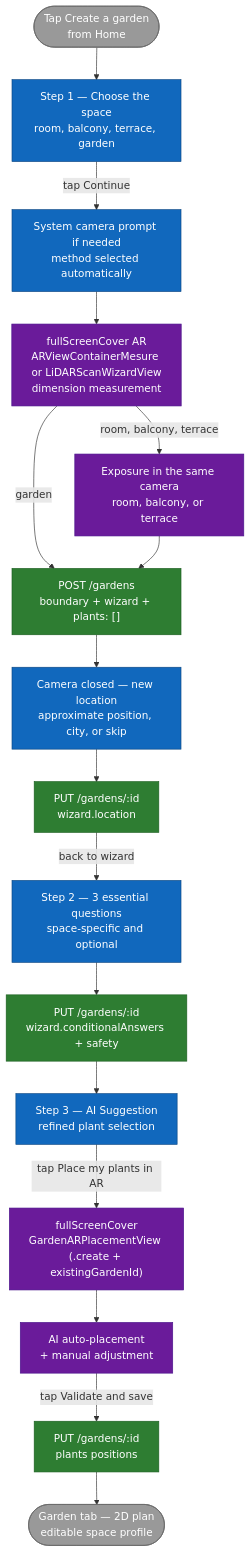
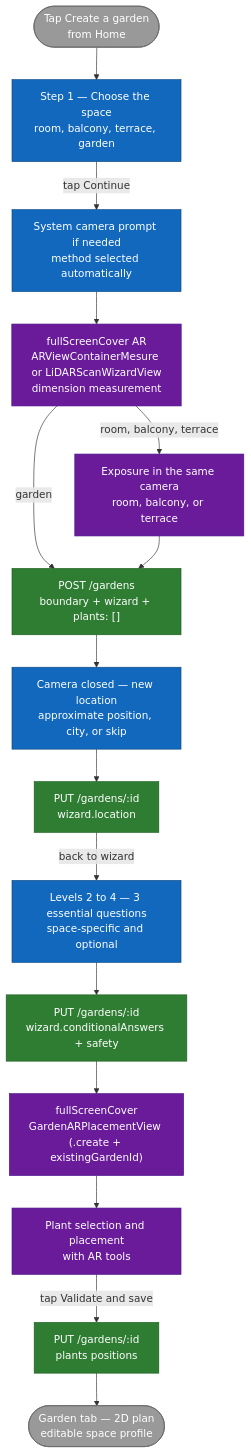
One commit to ArboreTeam/Arbore changed the diagram in docs/en/flows/garden-creation.md. Above: the diagram before and after it, drawn with Mermaid. The commit also changed other lines of this file and 136 other files, not shown here.

````diff
--- a/docs/en/flows/garden-creation.md
+++ b/docs/en/flows/garden-creation.md
@@ -13,45 +13,42 @@
 ```mermaid
 flowchart TB
     start_node([Tap Create a garden<br/>from Home])
 
     spaceType["Step 1 — Choose the space<br/>room, balcony, terrace, garden"]
     permissions["System camera prompt if needed<br/>method selected automatically"]
     trace_ar["fullScreenCover AR<br/>ARViewContainerMesure or LiDARScanWizardView<br/>dimension measurement"]
     exposure["Exposure in the same camera<br/>room, balcony, or terrace"]
     post_garden["POST /gardens<br/>boundary + wizard + plants: []"]
     location["Camera closed — new location<br/>approximate position, city, or skip"]
     update_garden["PUT /gardens/:id<br/>wizard.location"]
-    questions["Step 2 — 3 essential questions<br/>space-specific and optional"]
+    questions["Levels 2 to 4 — 3 essential questions<br/>space-specific and optional"]
     update_constraints["PUT /gardens/:id<br/>wizard.conditionalAnswers + safety"]
-
-    ai["Step 3 — AI Suggestion<br/>refined plant selection"]
     placement["fullScreenCover<br/>GardenARPlacementView (.create + existingGardenId)"]
-    auto_place["AI auto-placement<br/>+ manual adjustment"]
+    manual_place["Plant selection and placement<br/>with AR tools"]
     put_garden["PUT /gardens/:id<br/>plants positions"]
 
     plan2d([Garden tab — 2D plan<br/>editable space profile])
 
     start_node --> spaceType
     spaceType -->|tap Continue| permissions
     permissions --> trace_ar
     trace_ar -->|room, balcony, terrace| exposure
     trace_ar -->|garden| post_garden
     exposure --> post_garden
     post_garden --> location
     location --> update_garden
     update_garden -->|back to wizard| questions
-    questions --> update_constraints --> ai
-    ai -->|tap Place my plants in AR| placement
-    placement --> auto_place
-    auto_place -->|tap Validate and save| put_garden
+    questions --> update_constraints --> placement
+    placement --> manual_place
+    manual_place -->|tap Validate and save| put_garden
     put_garden --> plan2d
 
     classDef step  fill:#1168BD,stroke:#0B4884,color:#fff
     classDef cond  fill:#2E7D32,stroke:#1B5E20,color:#fff
     classDef ar    fill:#6A1B9A,stroke:#4A148C,color:#fff
     classDef io    fill:#999,stroke:#666,color:#fff
-    class spaceType,permissions,location,questions,ai step
+    class spaceType,permissions,location,questions step
     class post_garden,update_garden,update_constraints,put_garden cond
-    class trace_ar,exposure,placement,auto_place ar
+    class trace_ar,exposure,placement,manual_place ar
     class start_node,plan2d io
 ```
````
